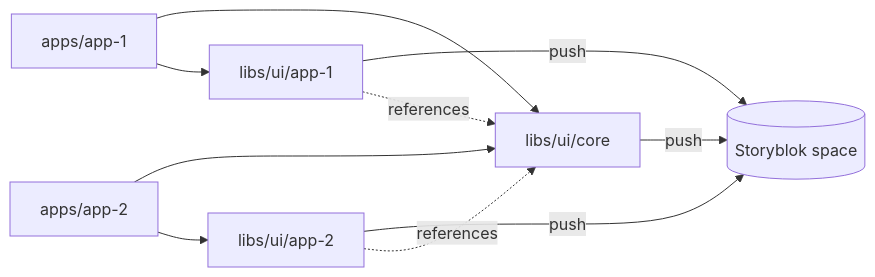
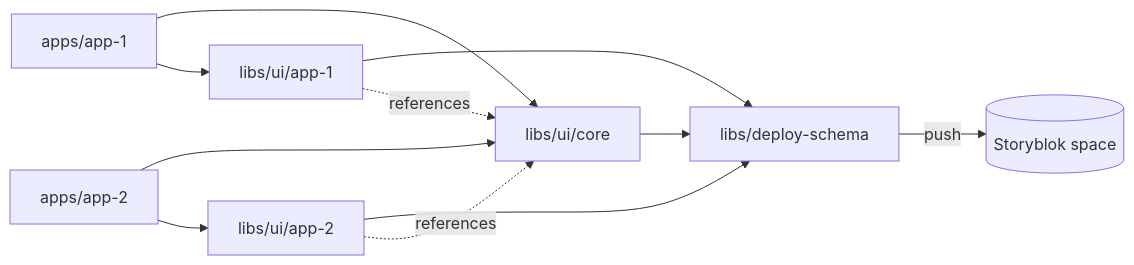
Before and after one commit to brenden-storyblok/schema-monorepo: the diagram in README.md, drawn with Mermaid. The commit also changed other lines of this file and 7 other files, not shown here.

````diff
--- a/README.md
+++ b/README.md
@@ -32,19 +37,21 @@
 ```mermaid
 flowchart LR
   core["libs/ui/core"]
   lib1["libs/ui/app-1"]
   lib2["libs/ui/app-2"]
+  deploy["libs/deploy-schema"]
   space[("Storyblok space")]
   app1["apps/app-1"]
   app2["apps/app-2"]
 
-  core -- push --> space
-  lib1 -- push --> space
-  lib2 -- push --> space
+  core --> deploy
+  lib1 --> deploy
+  lib2 --> deploy
+  deploy -- push --> space
   lib1 -. references .-> core
   lib2 -. references .-> core
   app1 --> core
   app1 --> lib1
   app2 --> core
   app2 --> lib2
 ```
````
